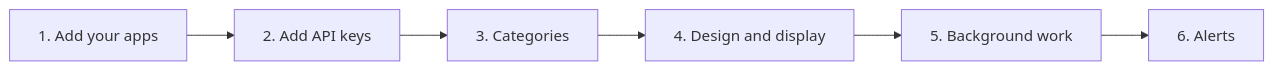
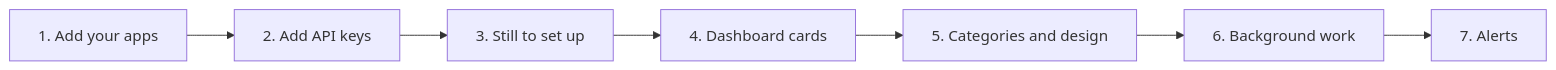
One commit to TheMightyTRex/starboard changed the diagram in docs/help/guides/set-up-your-dashboard.md. Above: the diagram before and after it, drawn with Mermaid. The commit also changed other lines of this file and 121 other files, not shown here.

````diff
--- a/docs/help/guides/set-up-your-dashboard.md
+++ b/docs/help/guides/set-up-your-dashboard.md
@@ -28,8 +29,9 @@
 ```mermaid
 flowchart LR
     A["1. Add your apps"] --> B["2. Add API keys"]
-    B --> C["3. Categories"]
-    C --> D["4. Design and display"]
-    D --> E["5. Background work"]
-    E --> F["6. Alerts"]
+    B --> C["3. Still to set up"]
+    C --> D["4. Dashboard cards"]
+    D --> E["5. Categories and design"]
+    E --> F["6. Background work"]
+    F --> G["7. Alerts"]
 ```
````
